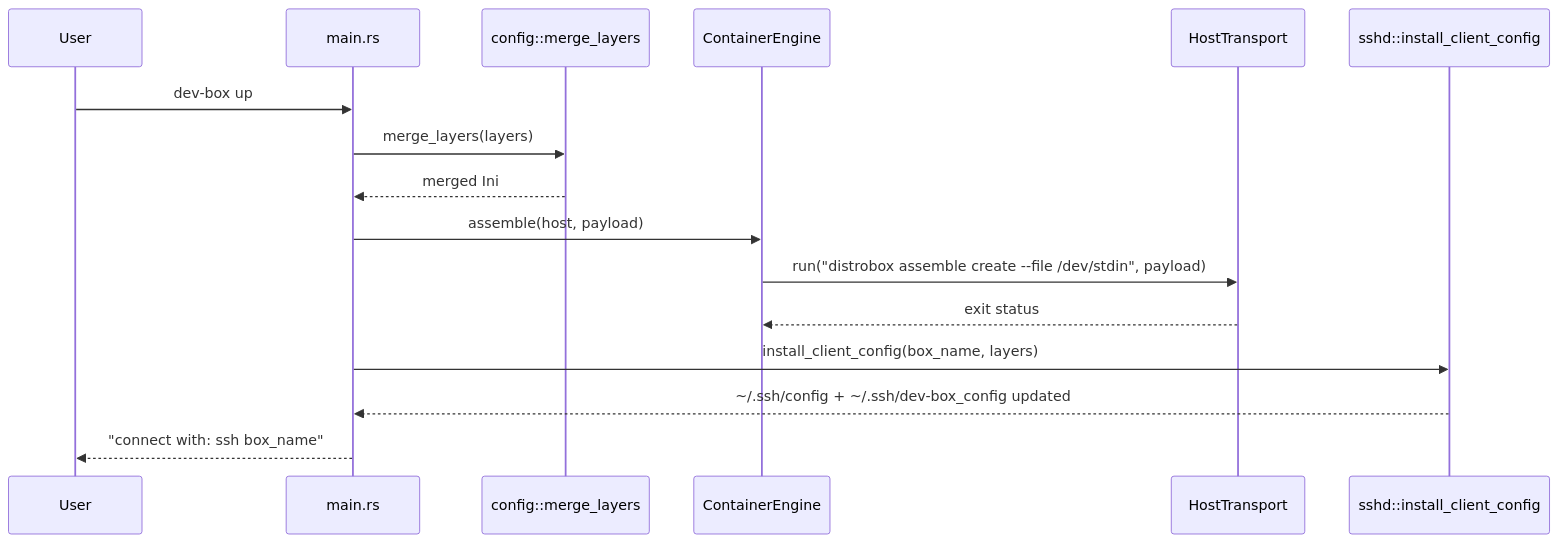
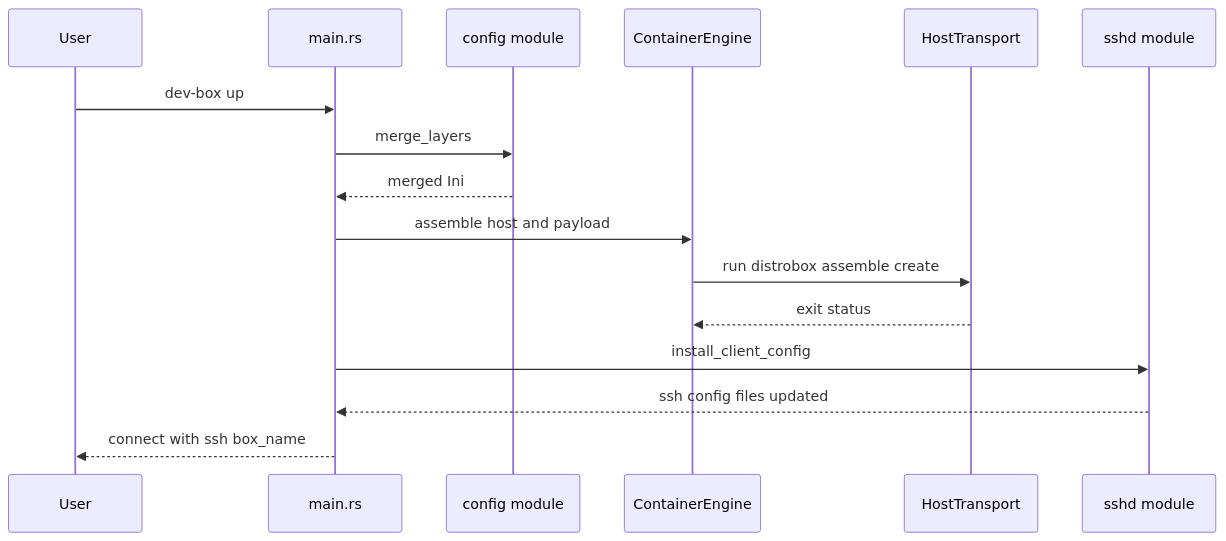
Before and after one commit to awasew/dev-box: the fourth of 6 diagrams in docs/architecture.md, drawn with Mermaid. The commit also changed other lines of this file, not shown here.

Commit message:
architecture docs implementation

````diff
--- a/docs/architecture.md
+++ b/docs/architecture.md
@@ -167,19 +172,19 @@
 ```mermaid
 sequenceDiagram
     participant User
     participant Main as main.rs
-    participant Cfg as config::merge_layers
+    participant Cfg as config module
     participant Eng as ContainerEngine
     participant Host as HostTransport
-    participant Sshd as sshd::install_client_config
+    participant Sshd as sshd module
 
     User->>Main: dev-box up
-    Main->>Cfg: merge_layers(layers)
+    Main->>Cfg: merge_layers
     Cfg-->>Main: merged Ini
-    Main->>Eng: assemble(host, payload)
-    Eng->>Host: run("distrobox assemble create --file /dev/stdin", payload)
+    Main->>Eng: assemble host and payload
+    Eng->>Host: run distrobox assemble create
     Host-->>Eng: exit status
-    Main->>Sshd: install_client_config(box_name, layers)
-    Sshd-->>Main: ~/.ssh/config + ~/.ssh/dev-box_config updated
-    Main-->>User: "connect with: ssh box_name"
+    Main->>Sshd: install_client_config
+    Sshd-->>Main: ssh config files updated
+    Main-->>User: connect with ssh box_name
 ```
````
